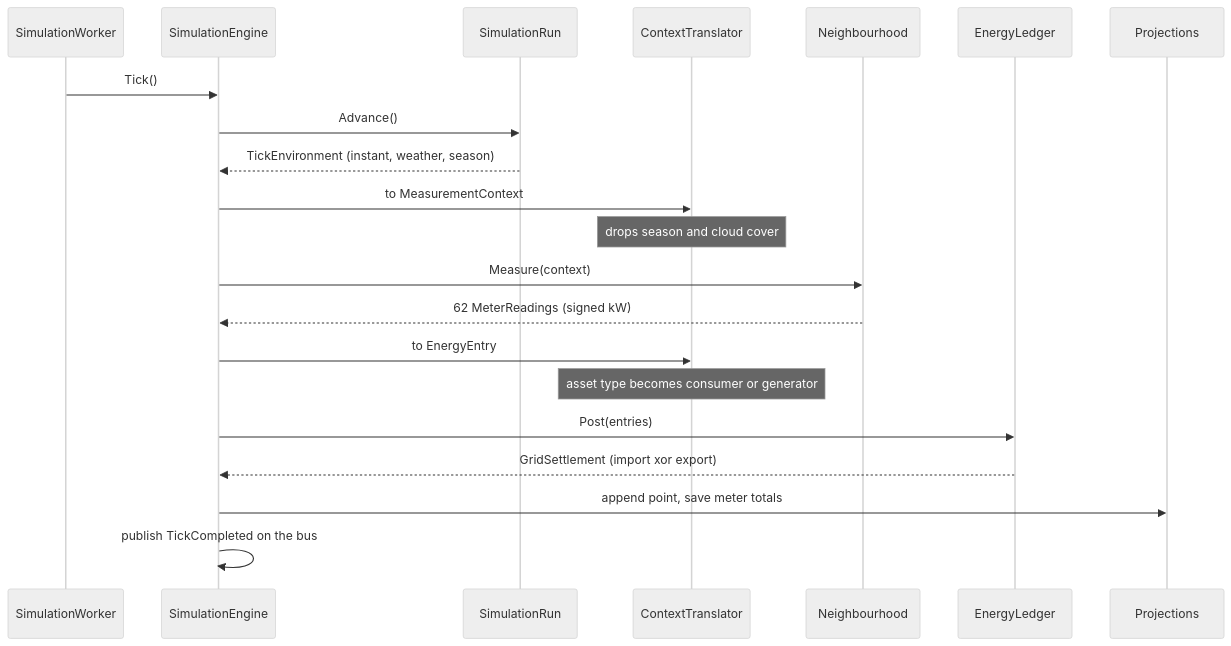
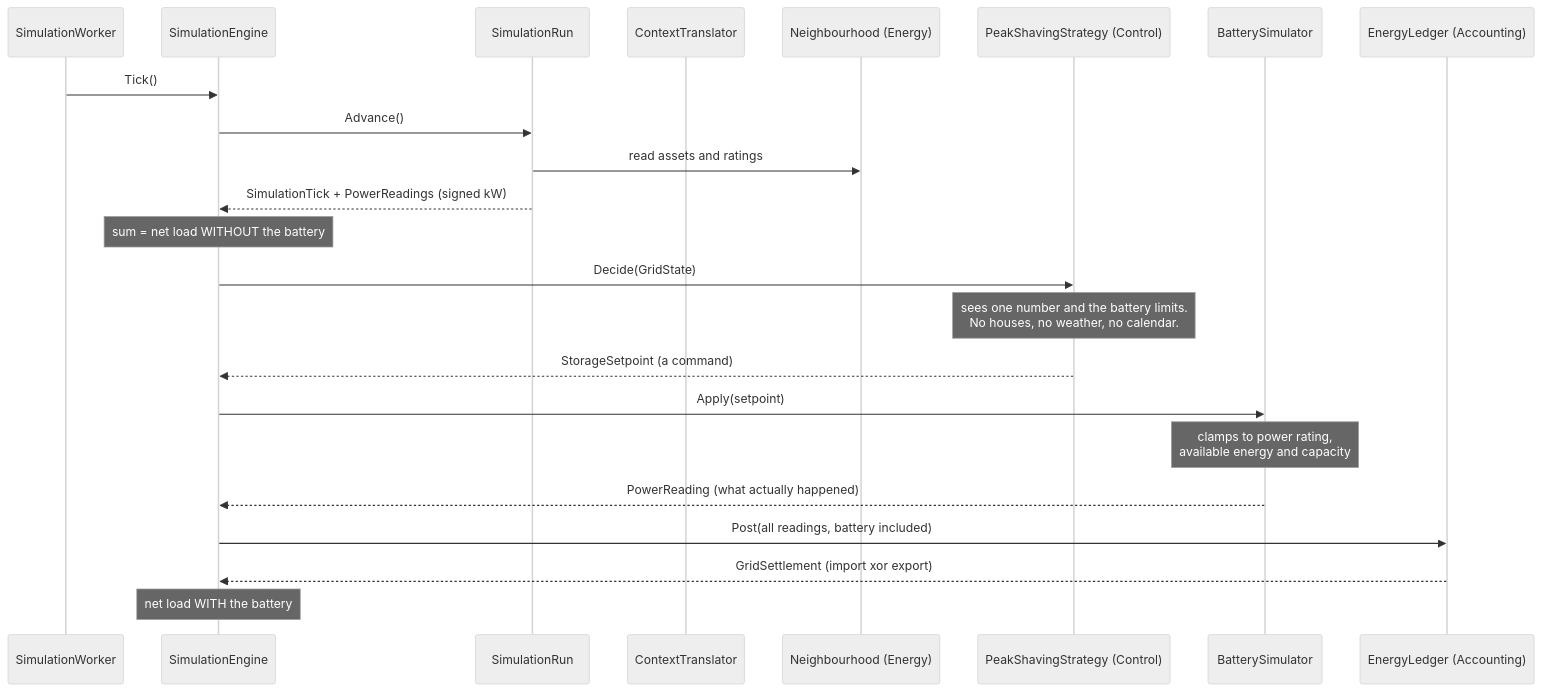
The fourth of 5 diagrams in docs/c4.md (isaacgarciawh3/EnergySimulator), drawn with Mermaid (neutral theme) before and after one commit. The commit also changed other lines of this file and 26 other files, not shown here.

````diff
--- a/docs/c4.md
+++ b/docs/c4.md
@@ -89,24 +95,26 @@
 ```mermaid
 sequenceDiagram
     participant W as SimulationWorker
     participant E as SimulationEngine
     participant S as SimulationRun
     participant T as ContextTranslator
-    participant N as Neighbourhood
-    participant L as EnergyLedger
-    participant P as Projections
+    participant N as Neighbourhood (Energy)
+    participant C as PeakShavingStrategy (Control)
+    participant B as BatterySimulator
+    participant L as EnergyLedger (Accounting)
 
     W->>E: Tick()
     E->>S: Advance()
-    S-->>E: TickEnvironment (instant, weather, season)
-    E->>T: to MeasurementContext
-    Note over T: drops season and cloud cover
-    E->>N: Measure(context)
-    N-->>E: 62 MeterReadings (signed kW)
-    E->>T: to EnergyEntry
-    Note over T: asset type becomes consumer or generator
-    E->>L: Post(entries)
+    S->>N: read assets and ratings
+    S-->>E: SimulationTick + PowerReadings (signed kW)
+    Note over E: sum = net load WITHOUT the battery
+    E->>C: Decide(GridState)
+    Note over C: sees one number and the battery limits.<br/>No houses, no weather, no calendar.
+    C-->>E: StorageSetpoint (a command)
+    E->>B: Apply(setpoint)
+    Note over B: clamps to power rating,<br/>available energy and capacity
+    B-->>E: PowerReading (what actually happened)
+    E->>L: Post(all readings, battery included)
     L-->>E: GridSettlement (import xor export)
-    E->>P: append point, save meter totals
-    E->>E: publish TickCompleted on the bus
+    Note over E: net load WITH the battery
 ```
````
